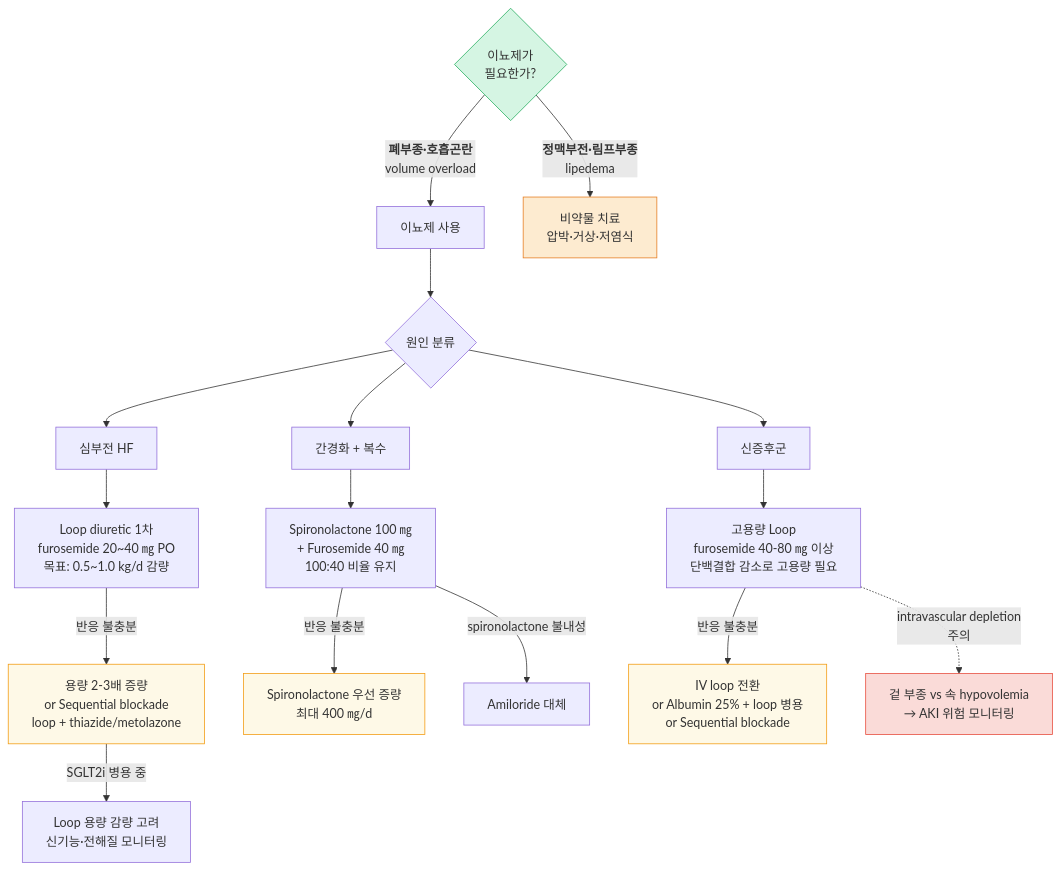
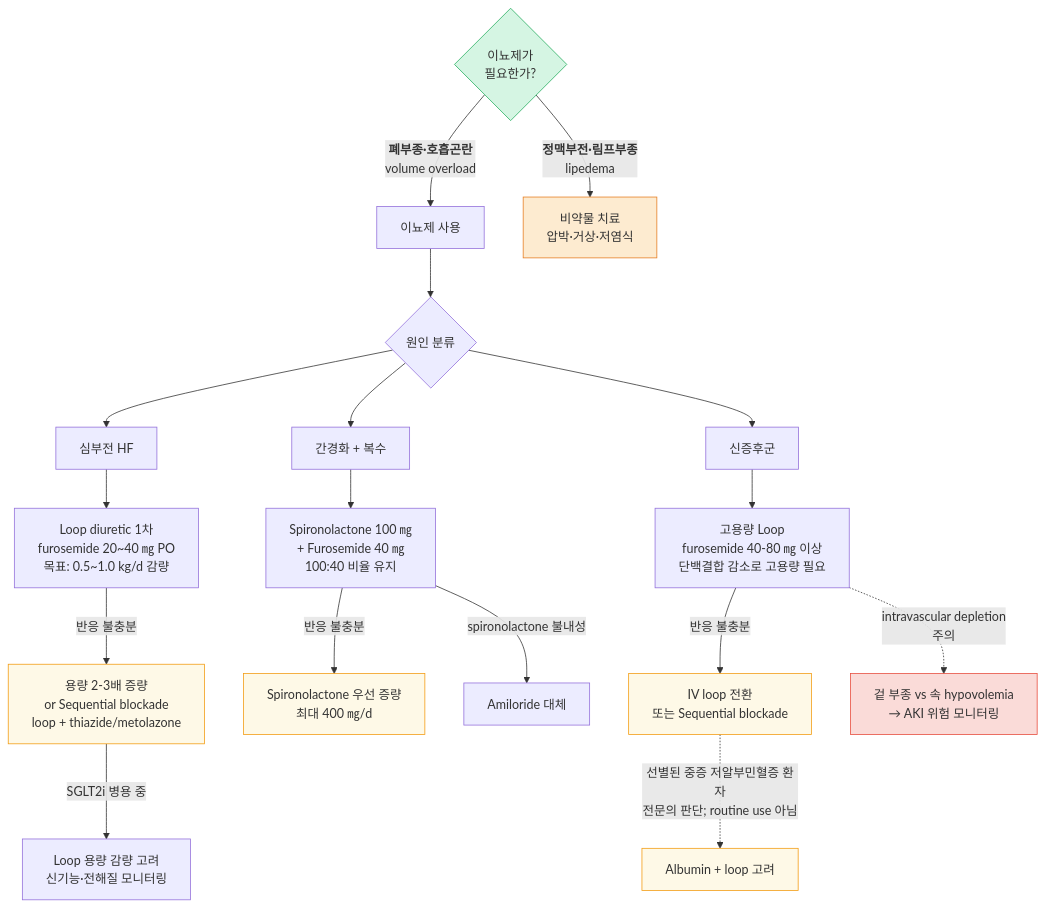
The fourth of 4 diagrams in 220_/012_-edema.md (familyoh77/familyoh77), drawn with Mermaid before and after one commit. The commit also changed other lines of this file, not shown here.

````diff
--- a/220_/012_-edema.md
+++ b/220_/012_-edema.md
@@ -282,30 +296,32 @@
 ```mermaid
 graph TD
     A{"이뇨제가<br/>필요한가?"}
     A -- "<b>폐부종·호흡곤란</b><br/>volume overload" --> B["이뇨제 사용"]
     A -- "<b>정맥부전·림프부종</b><br/>lipedema" --> Z["비약물 치료<br/>압박·거상·저염식"]
 
     B --> C{"원인 분류"}
     C --> HF["심부전 HF"]
     C --> CI["간경화 + 복수"]
     C --> NS["신증후군"]
 
     HF --> HF1["Loop diuretic 1차<br/>furosemide 20~40 ㎎ PO<br/>목표: 0.5~1.0 kg/d 감량"]
     HF1 -- "반응 불충분" --> HF2["용량 2-3배 증량<br/>or Sequential blockade<br/>loop + thiazide/metolazone"]
     HF2 -- "SGLT2i 병용 중" --> HF3["Loop 용량 감량 고려<br/>신기능·전해질 모니터링"]
 
     CI --> CI1["Spironolactone 100 ㎎<br/>+ Furosemide 40 ㎎<br/>100:40 비율 유지"]
     CI1 -- "반응 불충분" --> CI2["Spironolactone 우선 증량<br/>최대 400 ㎎/d"]
     CI1 -- "spironolactone 불내성" --> CI3["Amiloride 대체"]
 
     NS --> NS1["고용량 Loop<br/>furosemide 40-80 ㎎ 이상<br/>단백결합 감소로 고용량 필요"]
-    NS1 -- "반응 불충분" --> NS2["IV loop 전환<br/>or Albumin 25% + loop 병용<br/>or Sequential blockade"]
+    NS1 -- "반응 불충분" --> NS2["IV loop 전환<br/>또는 Sequential blockade"]
+    NS2 -. "선별된 중증 저알부민혈증 환자<br/>전문의 판단; routine use 아님" .-> NS3["Albumin + loop 고려"]
     NS1 -. "intravascular depletion <br/>주의" .-> NS_w["겉 부종 vs 속 hypovolemia<br/>→ AKI 위험 모니터링"]
 
     style A fill:#d5f5e3,stroke:#27ae60
     style Z fill:#fdebd0,stroke:#e67e22
     style HF2 fill:#fef9e7,stroke:#f39c12
     style CI2 fill:#fef9e7,stroke:#f39c12
     style NS2 fill:#fef9e7,stroke:#f39c12
+    style NS3 fill:#fef9e7,stroke:#f39c12
     style NS_w fill:#fadbd8,stroke:#e74c3c
 ```
````
